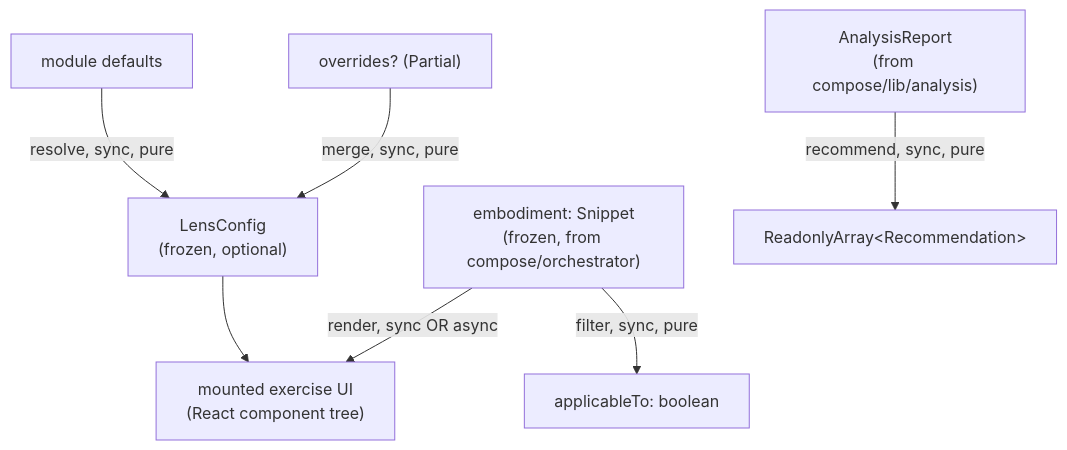
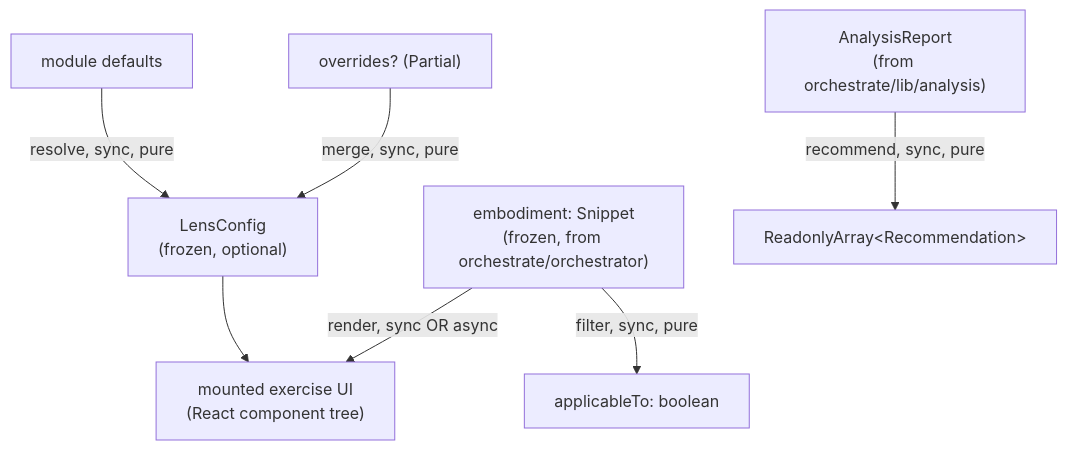
One commit to codeschoolinabox/curricula changed the diagram in src/lib/welcome-to-programming/just-enough/javascript/lenses/DOCS.md. Above: the diagram before and after it, drawn with Mermaid. The commit also changed other lines of this file and 18 other files, not shown here.

````diff
--- a/src/lib/welcome-to-programming/just-enough/javascript/lenses/DOCS.md
+++ b/src/lib/welcome-to-programming/just-enough/javascript/lenses/DOCS.md
@@ -79,16 +79,16 @@
 ```mermaid
 flowchart TD
-    Embodiment["embodiment: Snippet<br/>(frozen, from compose/orchestrator)"]
+    Embodiment["embodiment: Snippet<br/>(frozen, from orchestrate/orchestrator)"]
     Cfg["LensConfig<br/>(frozen, optional)"]
     Defaults["module defaults"]
     Overrides["overrides? (Partial)"]
 
     Defaults -->|"resolve, sync, pure"| Cfg
     Overrides -->|"merge, sync, pure"| Cfg
 
     Cfg --> ExerciseUI["mounted exercise UI<br/>(React component tree)"]
     Embodiment -->|"render, sync OR async"| ExerciseUI
 
     Embodiment -->|"filter, sync, pure"| Applicable["applicableTo: boolean"]
-    Analysis["AnalysisReport<br/>(from compose/lib/analysis)"] -->|"recommend, sync, pure"| Recs["ReadonlyArray&lt;Recommendation&gt;"]
+    Analysis["AnalysisReport<br/>(from orchestrate/lib/analysis)"] -->|"recommend, sync, pure"| Recs["ReadonlyArray&lt;Recommendation&gt;"]
 ```
````
